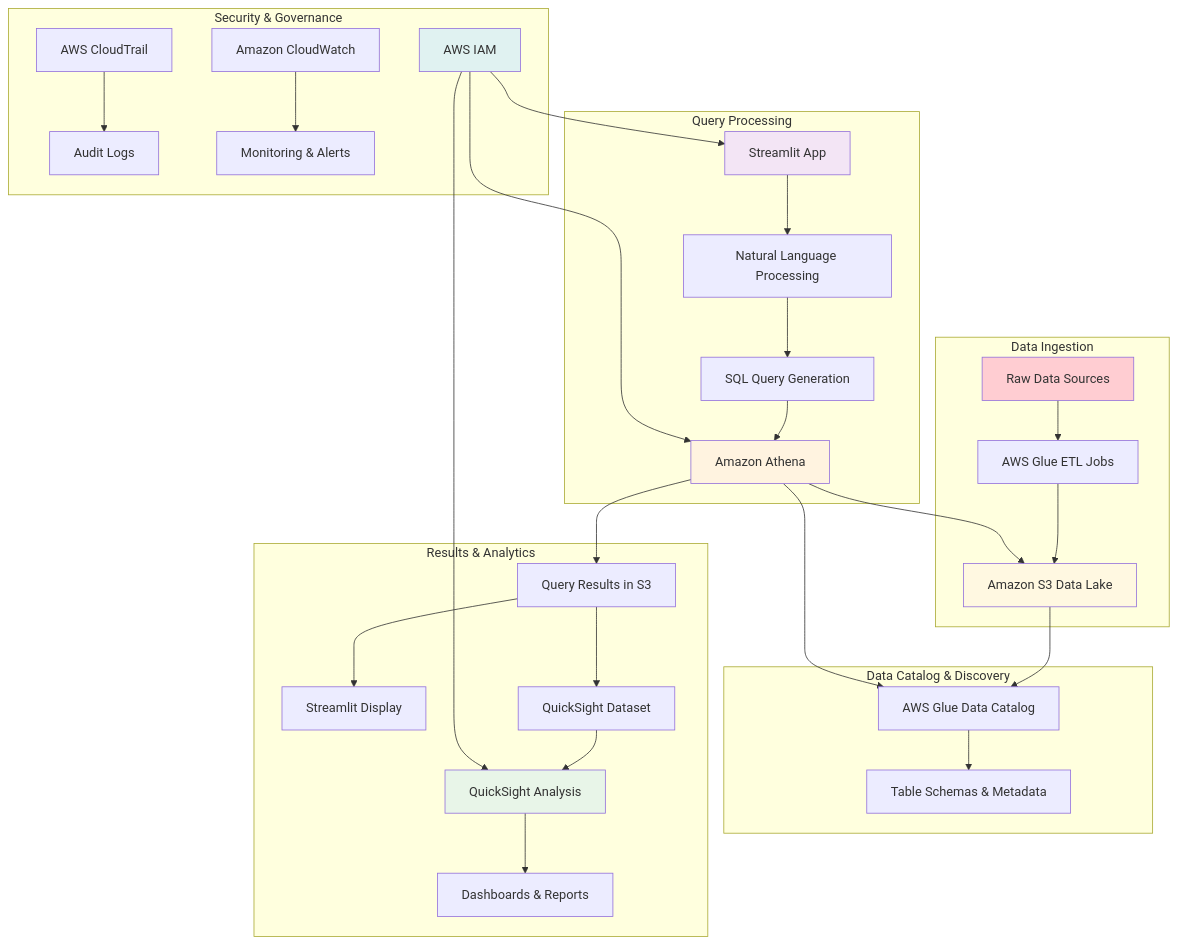
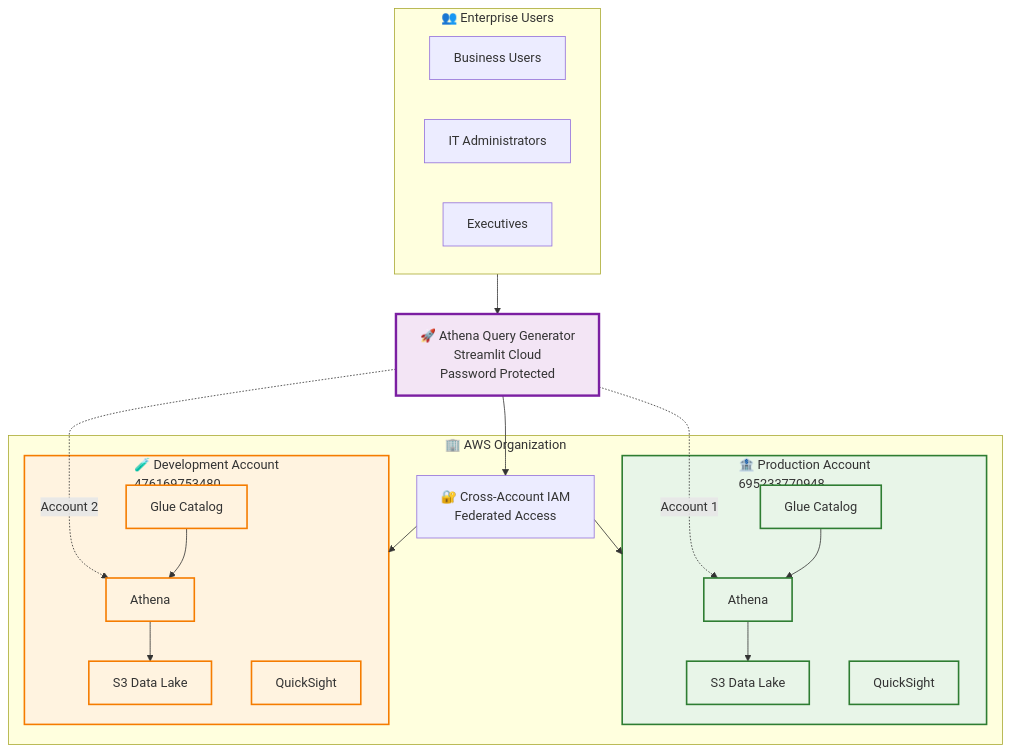
Before and after one commit to daleh8009/athena-query-demo: the third of 5 diagrams in aws_architecture_diagram.md, drawn with Mermaid. The commit also changed other lines of this file and 29 other files, not shown here.

Commit message:
Fix streamlit app deployment issues

````diff
--- a/aws_architecture_diagram.md
+++ b/aws_architecture_diagram.md
@@ -116,43 +104,54 @@
 ```mermaid
-flowchart TD
-    subgraph "Data Ingestion"
-        A[Raw Data Sources] --> B[AWS Glue ETL Jobs]
-        B --> C[Amazon S3 Data Lake]
+graph TB
+    %% Users
+    subgraph Users["👥 Enterprise Users"]
+        BU[Business Users]
+        IT[IT Administrators]
+        EX[Executives]
     end
     
-    subgraph "Data Catalog & Discovery"
-        C --> D[AWS Glue Data Catalog]
-        D --> E[Table Schemas & Metadata]
+    %% Application
+    APP[🚀 Athena Query Generator<br/>Streamlit Cloud<br/>Password Protected]
+    
+    %% Multi-Account Structure
+    subgraph AWS["🏢 AWS Organization"]
+        subgraph ACC1["🏦 Production Account<br/>695233770948"]
+            ATH1[Athena]
+            GLU1[Glue Catalog]
+            S31[S3 Data Lake]
+            QS1[QuickSight]
+        end
+        
+        subgraph ACC2["🧪 Development Account<br/>476169753480"]
+            ATH2[Athena]
+            GLU2[Glue Catalog]
+            S32[S3 Data Lake]
+            QS2[QuickSight]
+        end
+        
+        IAM[🔐 Cross-Account IAM<br/>Federated Access]
     end
     
-    subgraph "Query Processing"
-        F[Streamlit App] --> G[Natural Language Processing]
-        G --> H[SQL Query Generation]
-        H --> I[Amazon Athena]
-        I --> D
-        I --> C
-    end
+    %% Connections
+    Users --> APP
+    APP --> IAM
+    IAM --> ACC1
+    IAM --> ACC2
     
-    subgraph "Results & Analytics"
-        I --> J[Query Results in S3]
-        J --> K[Streamlit Display]
-        J --> L[QuickSight Dataset]
-        L --> M[QuickSight Analysis]
-        M --> N[Dashboards & Reports]
-    end
+    %% Data Flow
+    APP -.->|Account 1| ATH1
+    APP -.->|Account 2| ATH2
+    ATH1 --> S31
+    ATH2 --> S32
+    GLU1 --> ATH1
+    GLU2 --> ATH2
     
-    subgraph "Security & Governance"
-        O[AWS IAM] --> F
-        O --> I
-        O --> M
-        P[AWS CloudTrail] --> Q[Audit Logs]
-        R[Amazon CloudWatch] --> S[Monitoring & Alerts]
-    end
+    %% Styling
+    classDef prodStyle fill:#e8f5e8,stroke:#2e7d32,stroke-width:2px
+    classDef devStyle fill:#fff3e0,stroke:#f57c00,stroke-width:2px
+    classDef appStyle fill:#f3e5f5,stroke:#7b1fa2,stroke-width:3px
     
-    style A fill:#ffcdd2
-    style C fill:#fff8e1
-    style F fill:#f3e5f5
-    style I fill:#fff3e0
-    style M fill:#e8f5e8
-    style O fill:#e0f2f1
+    class ACC1,ATH1,GLU1,S31,QS1 prodStyle
+    class ACC2,ATH2,GLU2,S32,QS2 devStyle
+    class APP appStyle
 ```
````
